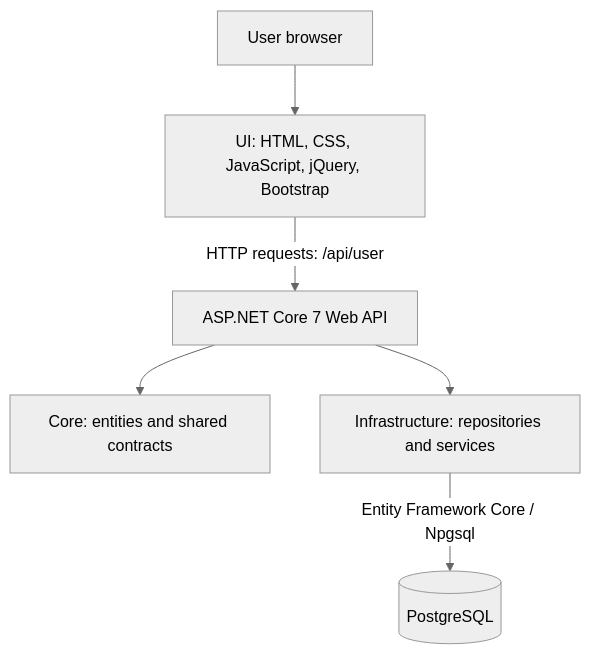
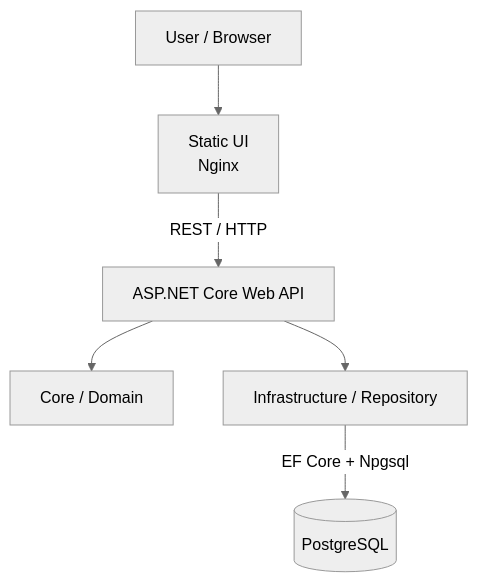
One commit to mavanirahul1996/3-tier-application changed the diagram in README.md. Above: the diagram before and after it, drawn with Mermaid (neutral theme). The commit also changed other lines of this file, not shown here.

````diff
--- a/README.md
+++ b/README.md
@@ -19,15 +21,8 @@
 ```mermaid
 flowchart TD
-    Browser[User browser]
-    UI[UI: HTML, CSS, JavaScript, jQuery, Bootstrap]
-    API[ASP.NET Core 7 Web API]
-    Core[Core: entities and shared contracts]
-    Infra[Infrastructure: repositories and services]
-    DB[(PostgreSQL)]
-
-    Browser --> UI
-    UI -->|HTTP requests: /api/user| API
-    API --> Core
-    API --> Infra
-    Infra -->|Entity Framework Core / Npgsql| DB
+    U[User / Browser] --> UI[Static UI<br/>Nginx]
+    UI -->|REST / HTTP| API[ASP.NET Core Web API]
+    API --> CORE[Core / Domain]
+    API --> INFRA[Infrastructure / Repository]
+    INFRA -->|EF Core + Npgsql| DB[(PostgreSQL)]
 ```
````
